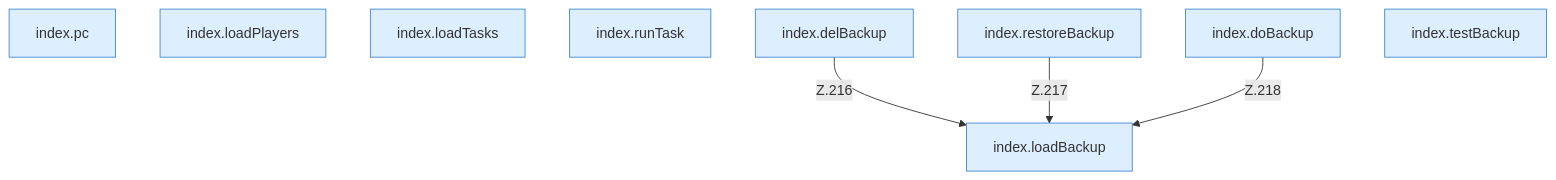
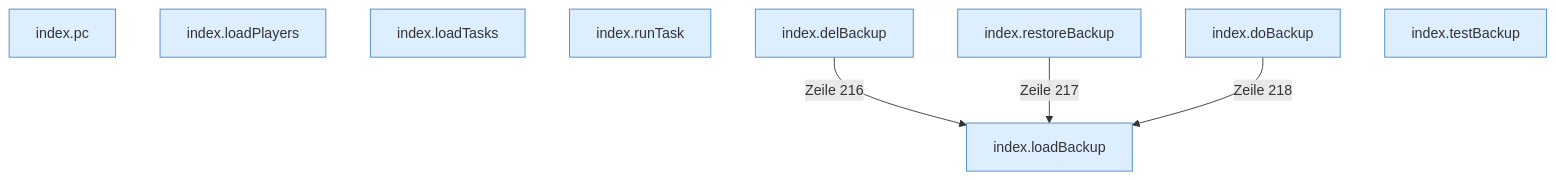
One commit to PrinceDiamant/minecraft-serverhoster-plugin changed the diagram in Legacy-Altlast.md. Above: the diagram before and after it, drawn with Mermaid. The commit also changed other lines of this file and 2005 other files, not shown here.

````diff
--- a/Legacy-Altlast.md
+++ b/Legacy-Altlast.md
@@ -5,17 +5,17 @@
 ```mermaid
 flowchart TD
   n1["index.pc"]:::internal-link
   n2["index.loadPlayers"]:::internal-link
   n3["index.loadTasks"]:::internal-link
   n4["index.runTask"]:::internal-link
   n5["index.loadBackup"]:::internal-link
   n6["index.delBackup"]:::internal-link
   n7["index.restoreBackup"]:::internal-link
   n8["index.doBackup"]:::internal-link
   n9["index.testBackup"]:::internal-link
-  n6 -->|"Z.216"| n5
-  n7 -->|"Z.217"| n5
-  n8 -->|"Z.218"| n5
+  n6 -->|"Zeile 216"| n5
+  n7 -->|"Zeile 217"| n5
+  n8 -->|"Zeile 218"| n5
   classDef internal-link fill:#ddeeff,stroke:#4488cc
   classDef befund fill:#f88
 ```
````
